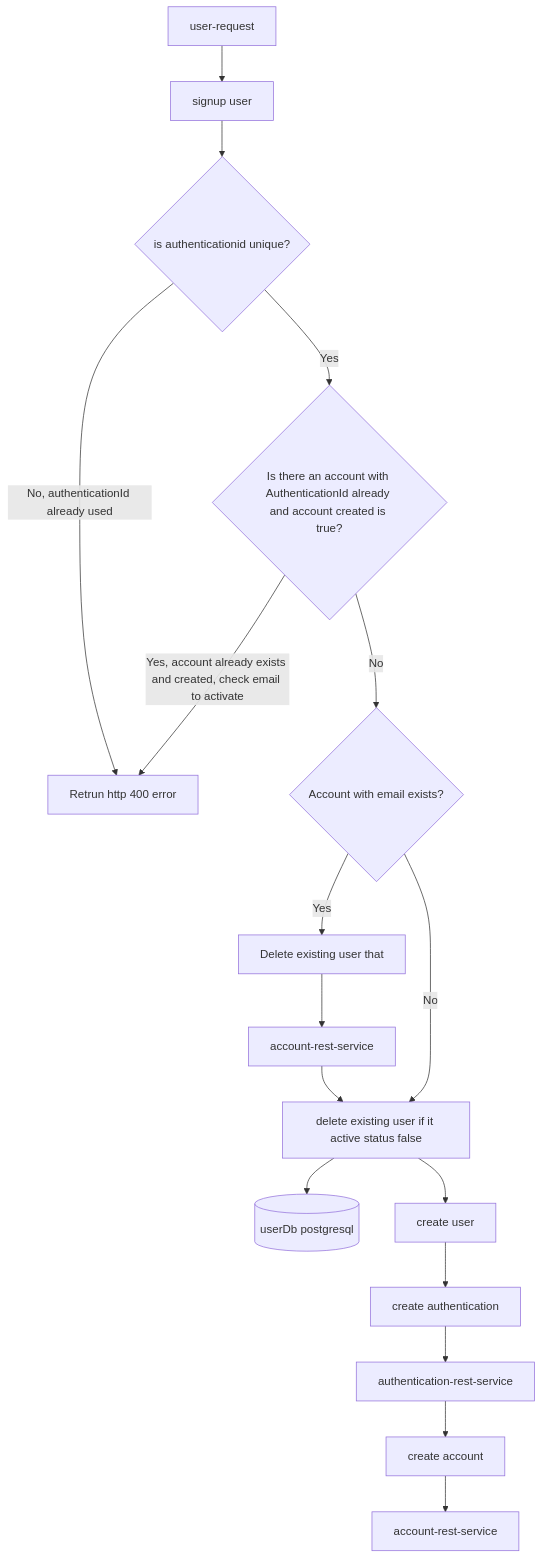
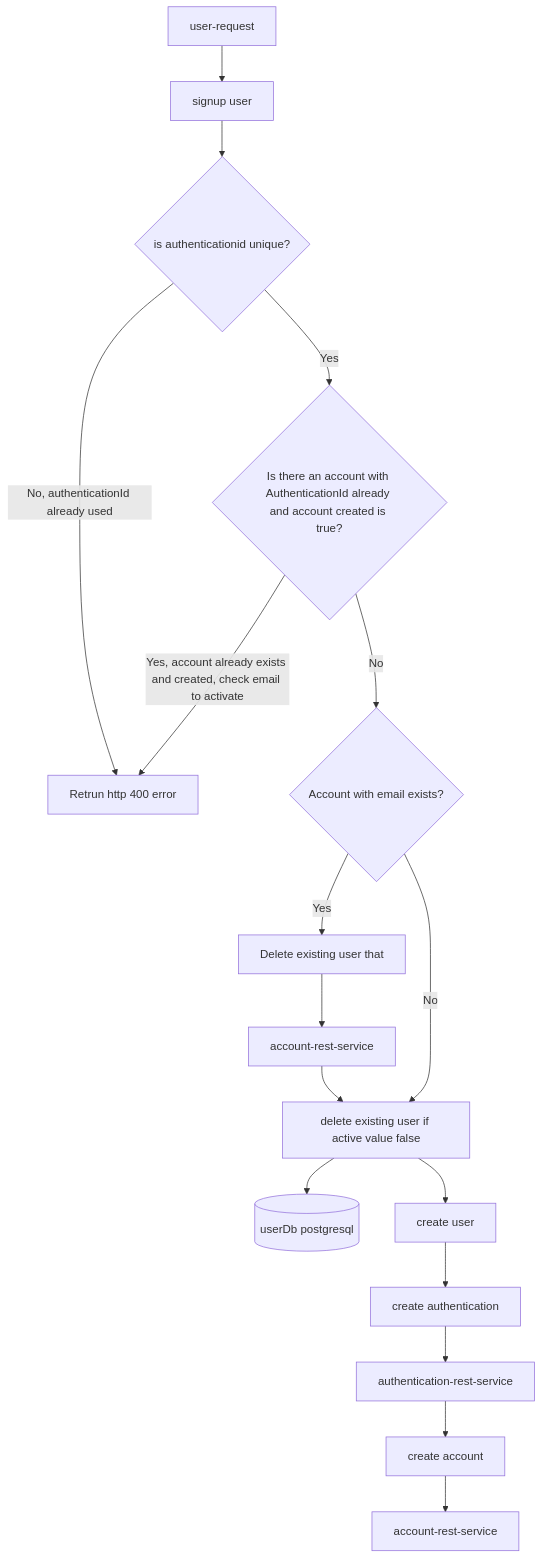
Before and after one commit to sonamsamdupkhangsar/user-rest-service: the first of 7 diagrams in README.md, drawn with Mermaid.

Commit message:
update workflow

````diff
--- a/README.md
+++ b/README.md
@@ -73,20 +73,20 @@
 ```mermaid
 flowchart TD
   User[user-request] --> user-rest-service[signup user]
   user-rest-service --> isAuthenticationIdUnique{is authenticationid unique?}
   isAuthenticationIdUnique -->|No, authenticationId already used| returnError[Retrun http 400 error]
   isAuthenticationIdUnique -->|Yes| accountExistsByAuthenticationIdAndTrue{Is there an account with AuthenticationId already and account created is true?}
   accountExistsByAuthenticationIdAndTrue -->|Yes, account already exists and created, check email to activate| returnError
   accountExistsByAuthenticationIdAndTrue -->|No| accountWithEmailExists{Account with email exists?}
   accountWithEmailExists -->|Yes| deleteAccount[Delete existing user that]
   deleteAccount --> deleteExistingAccount[account-rest-service]
   deleteExistingAccount -->  deleteByAuthenticationIdAndActiveFalse
-  accountWithEmailExists -->|No| deleteByAuthenticationIdAndActiveFalse[delete existing user if it active status false]
+  accountWithEmailExists -->|No| deleteByAuthenticationIdAndActiveFalse[delete existing user if active value false]
   deleteByAuthenticationIdAndActiveFalse --> userDb[(userDb postgresql)]
   deleteByAuthenticationIdAndActiveFalse --> saveUser[create user]
   saveUser --> createAuthentication[create authentication]
   createAuthentication --> authentication-rest-service
   authentication-rest-service --> createAccount[create account]
   createAccount --> account-rest-service
   
 ```
````
